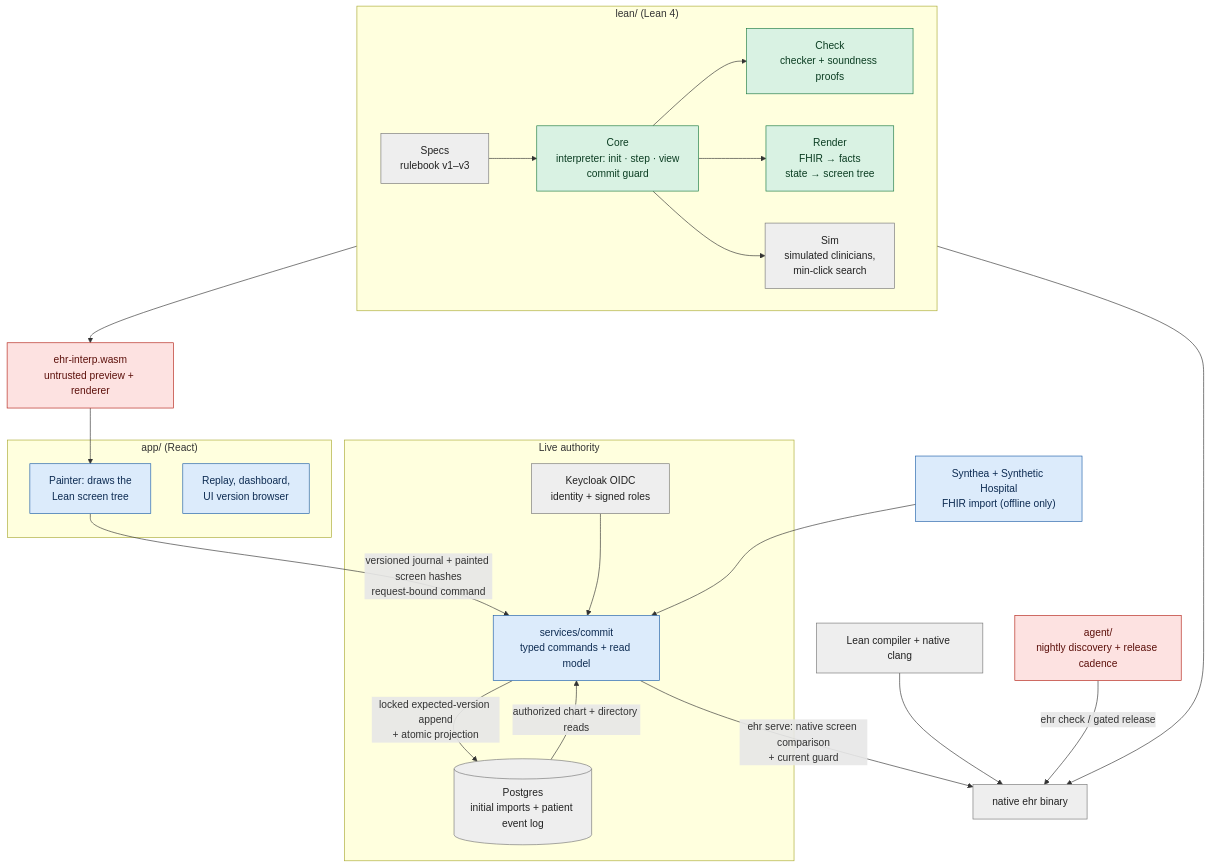
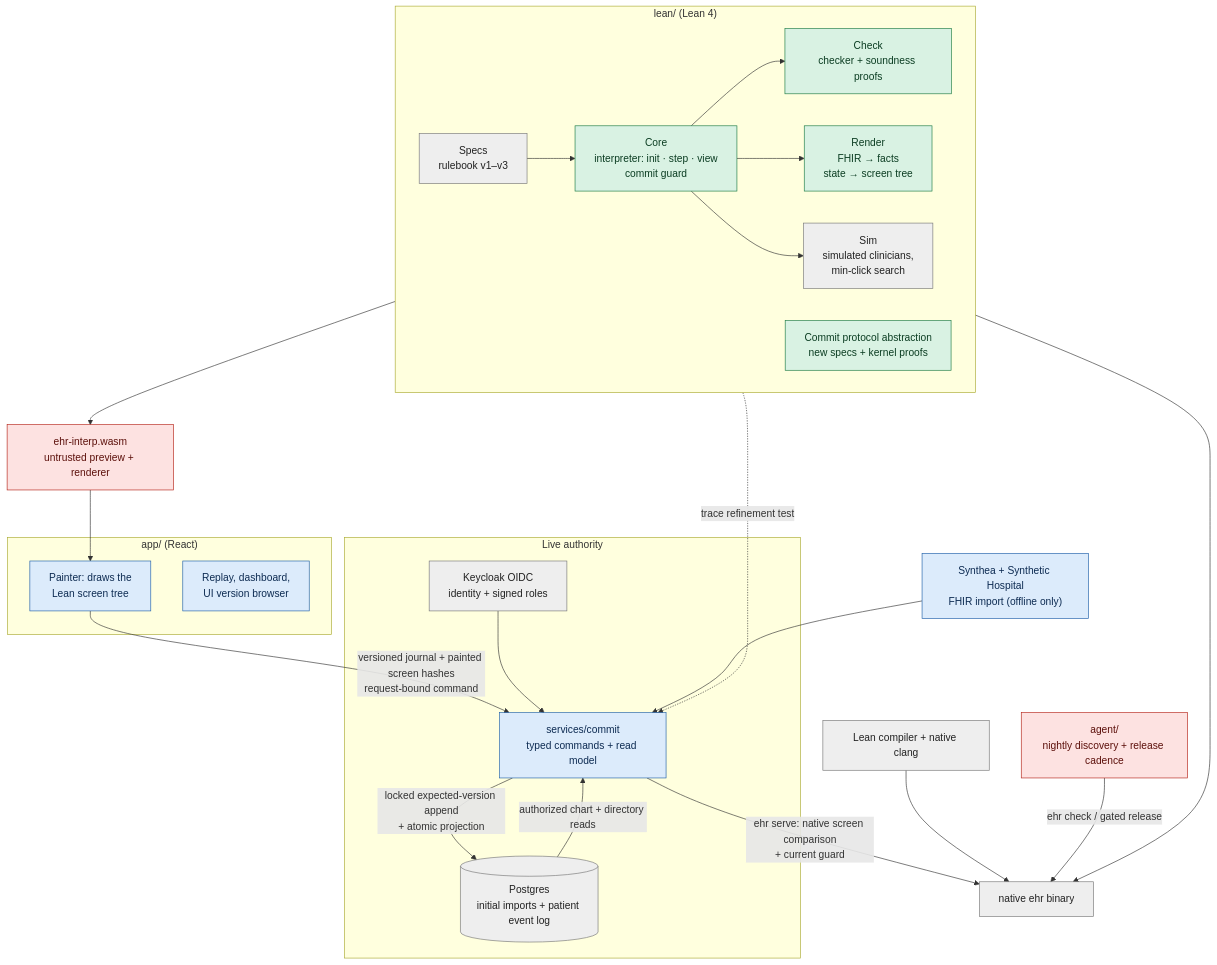
Before and after one commit to saithat/VGI-Health: the second of 3 diagrams in README.md, drawn with Mermaid. The commit also changed other lines of this file and 13 other files, not shown here.

````diff
--- a/README.md
+++ b/README.md
@@ -86,48 +86,50 @@
 ```mermaid
 flowchart TB
   classDef proved fill:#d9f2e3,stroke:#1b7a43,color:#0b3d22
   classDef checked fill:#dcebfb,stroke:#1f5fa8,color:#0d2b52
   classDef trusted fill:#eeeeee,stroke:#777,color:#222
   classDef untrusted fill:#fde2e1,stroke:#b42318,color:#5c100b
 
   subgraph LEAN["lean/ (Lean 4)"]
     direction LR
     SPECS["Specs<br/>rulebook v1–v3"]:::trusted
+    PROTOCOL["Commit protocol abstraction<br/>new specs + kernel proofs"]:::proved
     CORE["Core<br/>interpreter: init · step · view<br/>commit guard"]:::proved
     CHECK["Check<br/>checker + soundness proofs"]:::proved
     RENDER["Render<br/>FHIR → facts<br/>state → screen tree"]:::proved
     SIM["Sim<br/>simulated clinicians,<br/>min-click search"]:::trusted
     SPECS --> CORE --> CHECK
     CORE --> RENDER
     CORE --> SIM
   end
 
   TOOLCHAIN["Lean compiler + native clang"]:::trusted
   TOOLCHAIN --> NATIVE
   NATIVE["native ehr binary"]:::trusted
   WASM["ehr-interp.wasm<br/>untrusted preview + renderer"]:::untrusted
   LEAN --> NATIVE
   LEAN --> WASM
 
   subgraph BROWSER["app/ (React)"]
     PAINTER["Painter: draws the<br/>Lean screen tree"]:::checked
     DASH["Replay, dashboard,<br/>UI version browser"]:::checked
   end
   WASM --> PAINTER
 
   AGENT["agent/<br/>nightly discovery + release cadence"]:::untrusted
   AGENT -->|"ehr check / gated release"| NATIVE
 
   subgraph BACKEND["Live authority"]
     COMMIT["services/commit<br/>typed commands + read model"]:::checked
     STORE[("Postgres<br/>initial imports + patient event log")]:::trusted
     OIDC["Keycloak OIDC<br/>identity + signed roles"]:::trusted
   end
   IMPORT["Synthea + Synthetic Hospital<br/>FHIR import (offline only)"]:::checked
   PAINTER -->|"versioned journal + painted screen hashes<br/>request-bound command"| COMMIT
+  PROTOCOL -.->|"trace refinement test"| COMMIT
   OIDC --> COMMIT
   COMMIT -->|"ehr serve: native screen comparison<br/>+ current guard"| NATIVE
   COMMIT -->|"locked expected-version append<br/>+ atomic projection"| STORE
   STORE -->|"authorized chart + directory reads"| COMMIT
   IMPORT --> COMMIT
 ```
````
